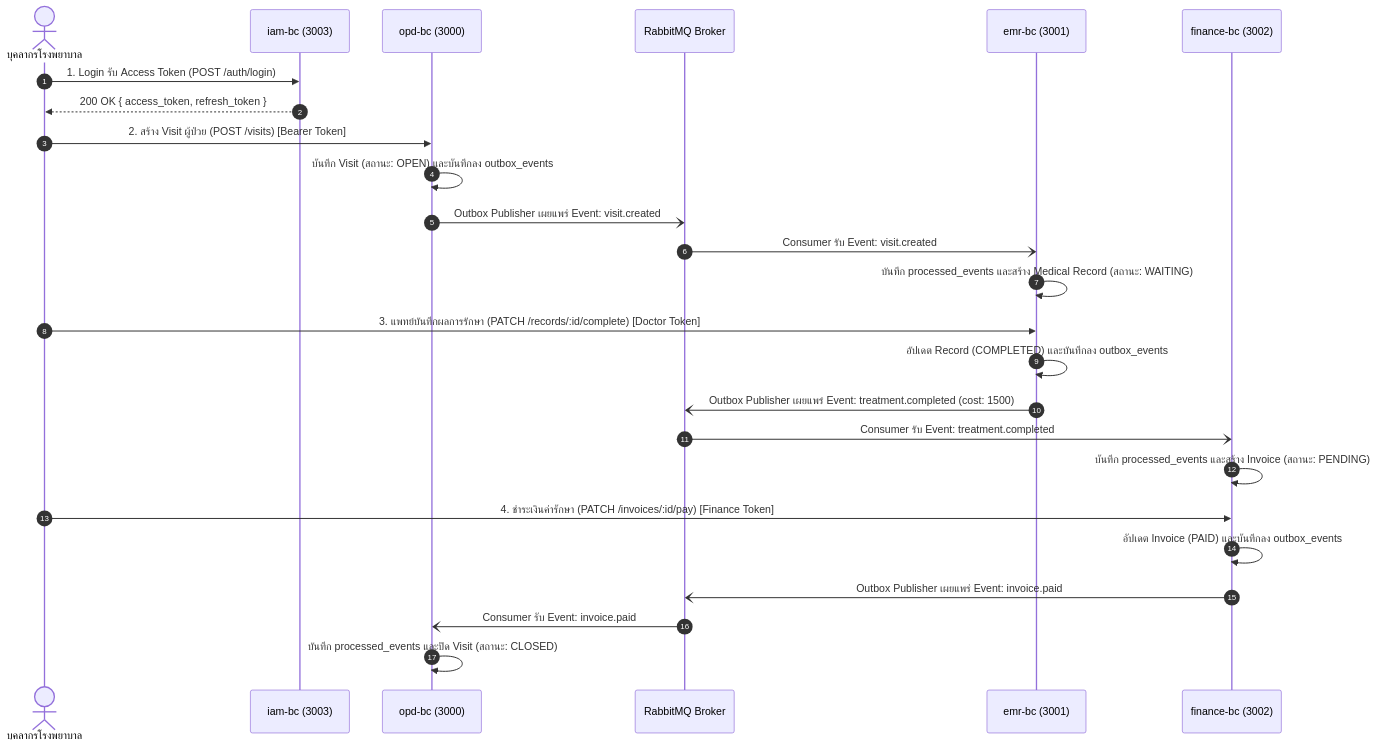
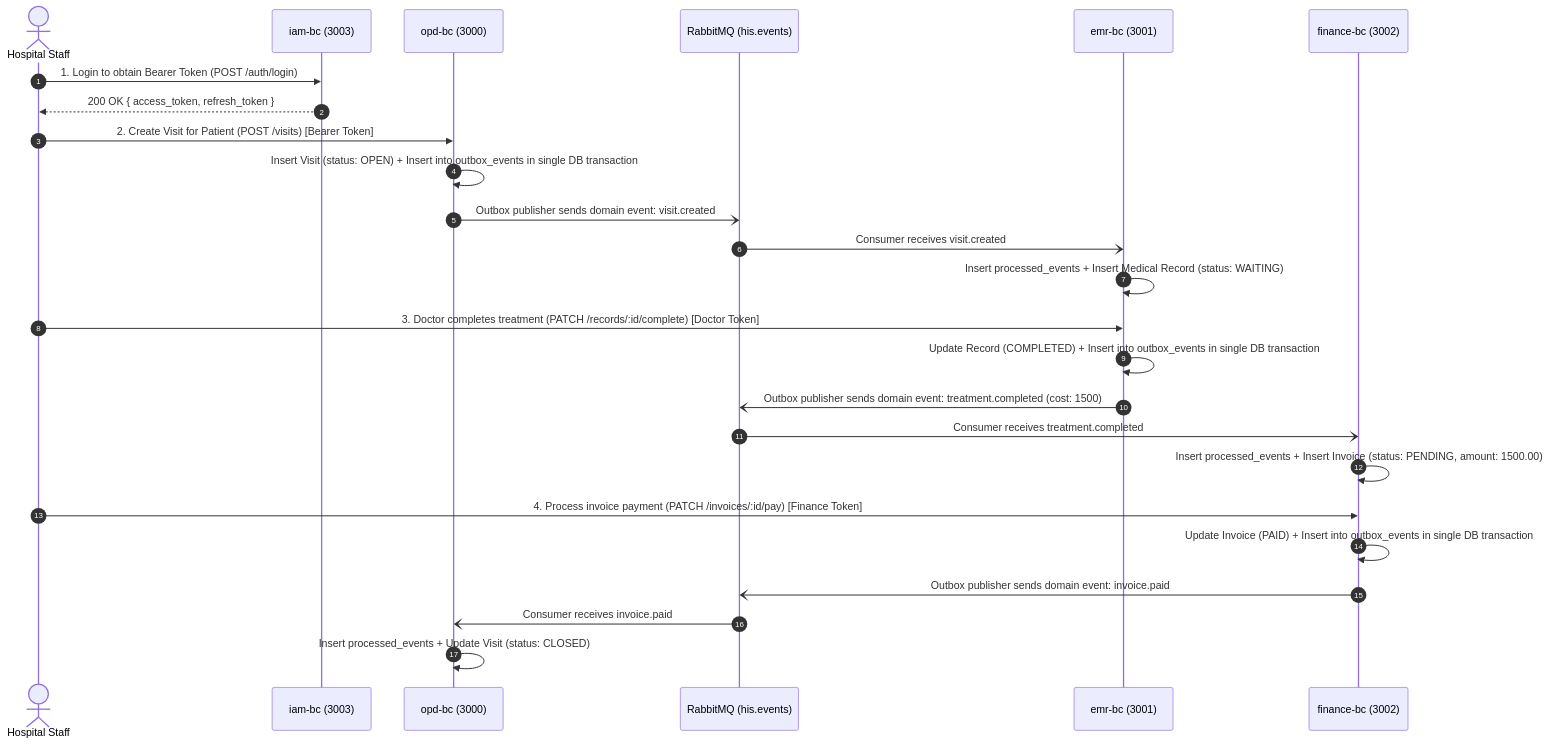
The first of 2 diagrams in README.md (faryporza/his-microservices-assignment), drawn with Mermaid before and after one commit. The commit also changed other lines of this file and 1 other file, not shown here.

Commit message:
docs: update README.md and his.postman_collection.json with full IAM, RBAC, and E2E choreography flow

````diff
--- a/README.md
+++ b/README.md
@@ -107,31 +42,31 @@
 ```mermaid
 sequenceDiagram
     autonumber
-    actor Staff as บุคลากรโรงพยาบาล
+    actor Staff as Hospital Staff
     participant IAM as iam-bc (3003)
     participant OPD as opd-bc (3000)
-    participant RMQ as RabbitMQ Broker
+    participant RMQ as RabbitMQ (his.events)
     participant EMR as emr-bc (3001)
     participant FIN as finance-bc (3002)
 
-    Staff->>IAM: 1. Login รับ Access Token (POST /auth/login)
+    Staff->>IAM: 1. Login to obtain Bearer Token (POST /auth/login)
     IAM-->>Staff: 200 OK { access_token, refresh_token }
 
-    Staff->>OPD: 2. สร้าง Visit ผู้ป่วย (POST /visits) [Bearer Token]
-    OPD->>OPD: บันทึก Visit (สถานะ: OPEN) และบันทึกลง outbox_events
-    OPD-)RMQ: Outbox Publisher เผยแพร่ Event: visit.created
-    RMQ-)EMR: Consumer รับ Event: visit.created
-    EMR->>EMR: บันทึก processed_events และสร้าง Medical Record (สถานะ: WAITING)
+    Staff->>OPD: 2. Create Visit for Patient (POST /visits) [Bearer Token]
+    OPD->>OPD: Insert Visit (status: OPEN) + Insert into outbox_events in single DB transaction
+    OPD-)RMQ: Outbox publisher sends domain event: visit.created
+    RMQ-)EMR: Consumer receives visit.created
+    EMR->>EMR: Insert processed_events + Insert Medical Record (status: WAITING)
 
-    Staff->>EMR: 3. แพทย์บันทึกผลการรักษา (PATCH /records/:id/complete) [Doctor Token]
-    EMR->>EMR: อัปเดต Record (COMPLETED) และบันทึกลง outbox_events
-    EMR-)RMQ: Outbox Publisher เผยแพร่ Event: treatment.completed (cost: 1500)
-    RMQ-)FIN: Consumer รับ Event: treatment.completed
-    FIN->>FIN: บันทึก processed_events และสร้าง Invoice (สถานะ: PENDING)
+    Staff->>EMR: 3. Doctor completes treatment (PATCH /records/:id/complete) [Doctor Token]
+    EMR->>EMR: Update Record (COMPLETED) + Insert into outbox_events in single DB transaction
+    EMR-)RMQ: Outbox publisher sends domain event: treatment.completed (cost: 1500)
+    RMQ-)FIN: Consumer receives treatment.completed
+    FIN->>FIN: Insert processed_events + Insert Invoice (status: PENDING, amount: 1500.00)
 
-    Staff->>FIN: 4. ชำระเงินค่ารักษา (PATCH /invoices/:id/pay) [Finance Token]
-    FIN->>FIN: อัปเดต Invoice (PAID) และบันทึกลง outbox_events
-    FIN-)RMQ: Outbox Publisher เผยแพร่ Event: invoice.paid
-    RMQ-)OPD: Consumer รับ Event: invoice.paid
-    OPD->>OPD: บันทึก processed_events และปิด Visit (สถานะ: CLOSED)
+    Staff->>FIN: 4. Process invoice payment (PATCH /invoices/:id/pay) [Finance Token]
+    FIN->>FIN: Update Invoice (PAID) + Insert into outbox_events in single DB transaction
+    FIN-)RMQ: Outbox publisher sends domain event: invoice.paid
+    RMQ-)OPD: Consumer receives invoice.paid
+    OPD->>OPD: Insert processed_events + Update Visit (status: CLOSED)
 ```
````
